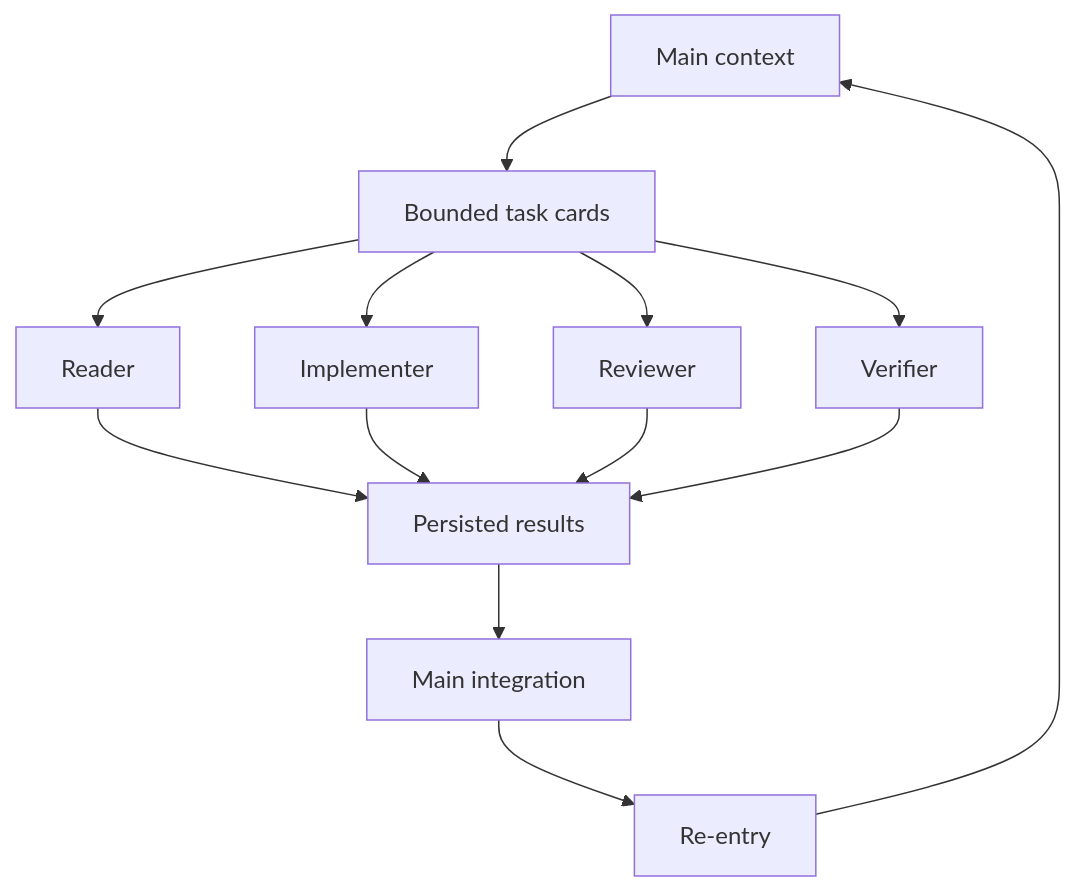
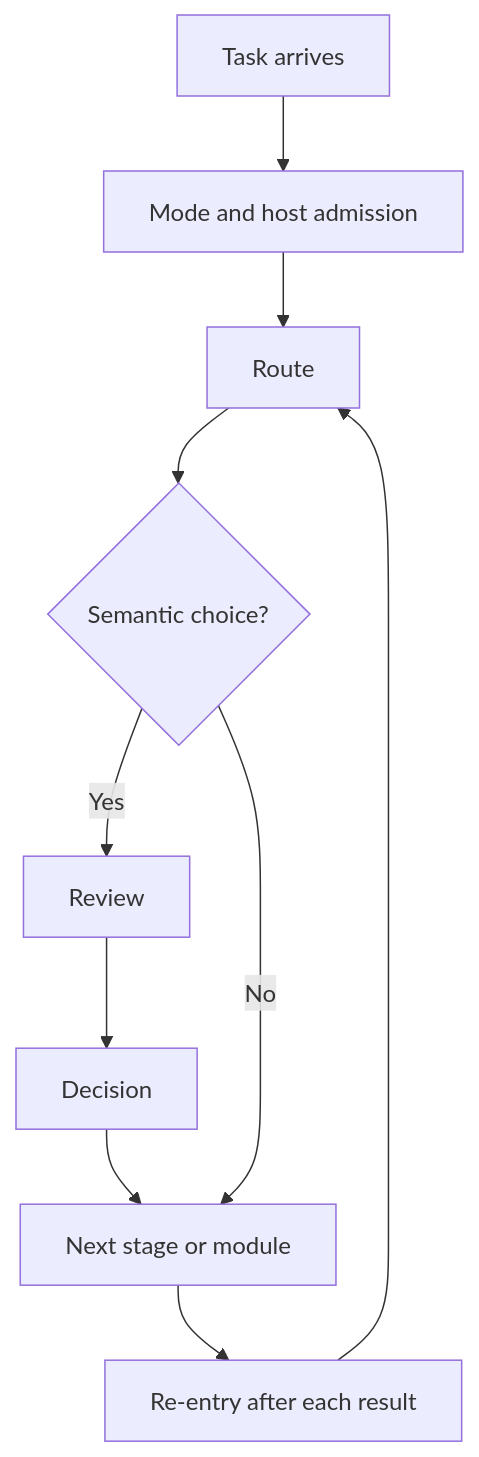
The second of 2 diagrams in README.md (shaggyfeng/Dev-Skill-Rebon), drawn with Mermaid before and after one commit. The commit also changed other lines of this file and 1 other file, not shown here.

````diff
--- a/README.md
+++ b/README.md
@@ -71,15 +71,12 @@
 ```mermaid
 flowchart TB
-    A["Main context"] --> B["Bounded task cards"]
-    B --> C["Reader"]
-    B --> D["Implementer"]
-    B --> E["Reviewer"]
-    B --> F["Verifier"]
-    C --> G["Persisted results"]
-    D --> G
-    E --> G
-    F --> G
-    G --> H["Main integration"]
-    H --> I["Re-entry"]
-    I --> A
+    A["Task arrives"] --> B["Mode and host admission"]
+    B --> C["Route"]
+    C --> D{"Semantic choice?"}
+    D -->|"Yes"| E["Review"]
+    E --> F["Decision"]
+    F --> G["Next stage or module"]
+    D -->|"No"| G
+    G --> H["Re-entry after each result"]
+    H --> C
 ```
````
